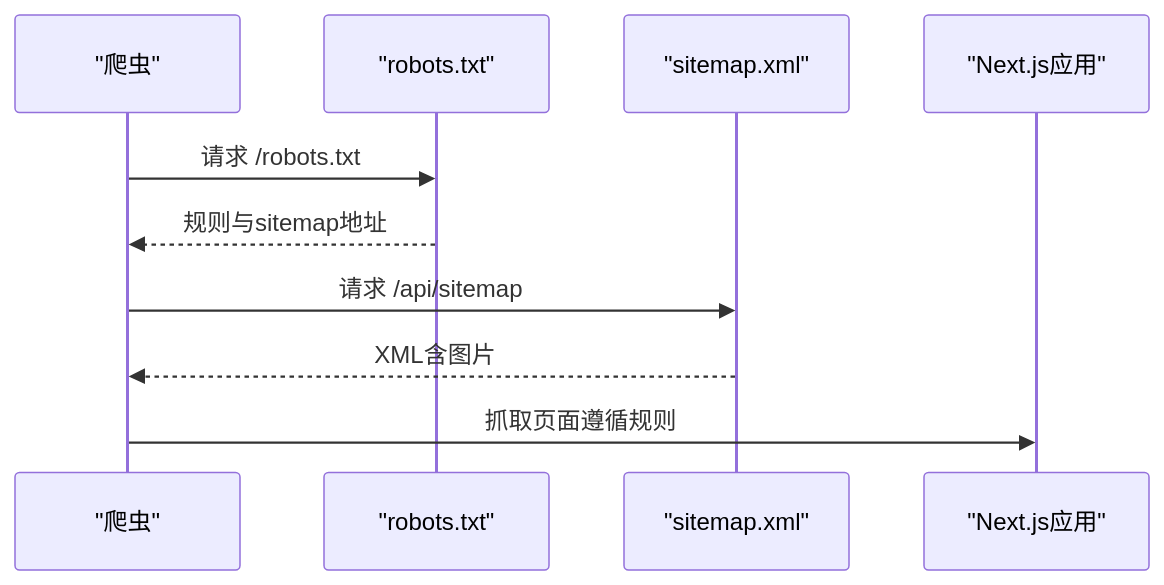
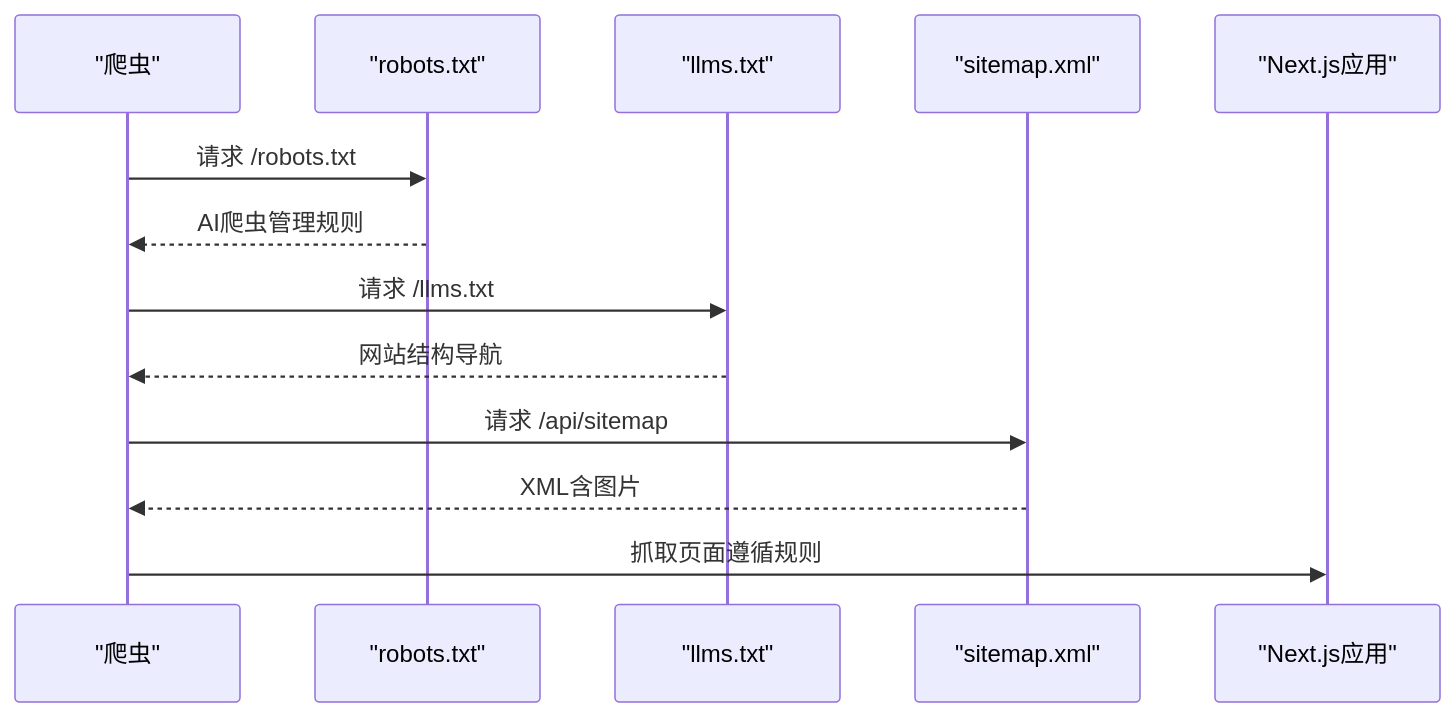
One commit to waltzhan/LEDTrade changed the eighth of 11 diagrams in .qoder/repowiki/zh/content/SEO优化系统/SEO优化系统.md. Above: the diagram before and after it, drawn with Mermaid. The commit also changed other lines of this file and 20 other files, not shown here.

````diff
--- a/.qoder/repowiki/zh/content/SEO优化系统/SEO优化系统.md
+++ b/.qoder/repowiki/zh/content/SEO优化系统/SEO优化系统.md
@@ -334,12 +431,15 @@
 ```mermaid
 sequenceDiagram
 participant Bot as "爬虫"
 participant Robots as "robots.txt"
+participant LLMs as "llms.txt"
 participant SiteMap as "sitemap.xml"
 participant App as "Next.js应用"
 Bot->>Robots : 请求 /robots.txt
-Robots-->>Bot : 规则与sitemap地址
+Robots-->>Bot : AI爬虫管理规则
+Bot->>LLMs : 请求 /llms.txt
+LLMs-->>Bot : 网站结构导航
 Bot->>SiteMap : 请求 /api/sitemap
 SiteMap-->>Bot : XML含图片
 Bot->>App : 抓取页面遵循规则
 ```
````
